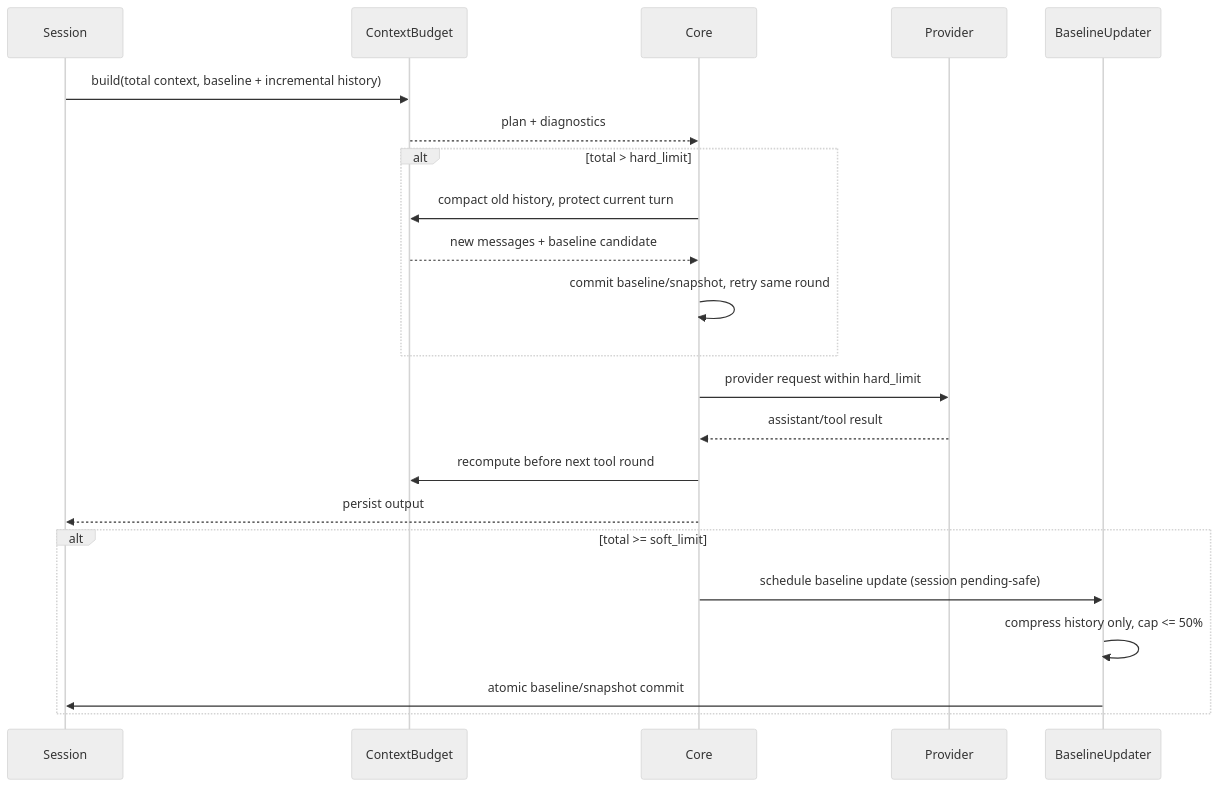
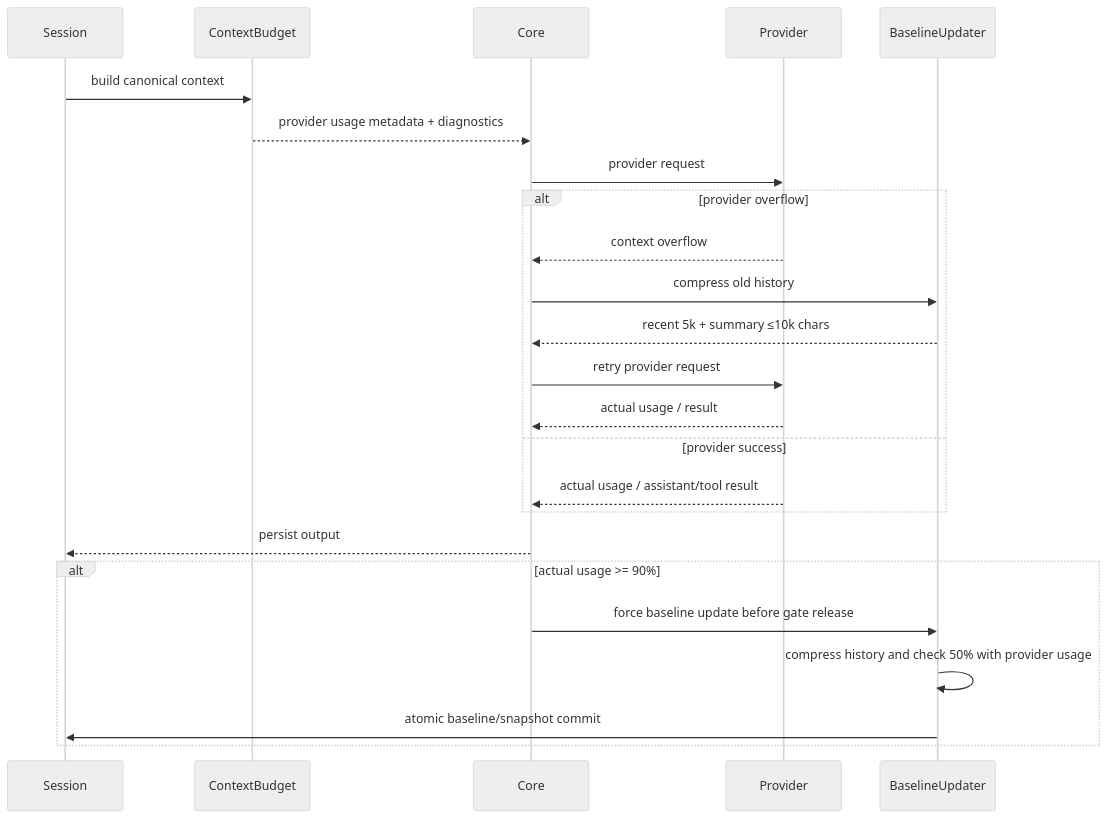
The second of 3 diagrams in docs/product/PRD/PRD-AGENT-4-统一ContextBudget上下文压缩重构.md (Coffeiz/Gugu-web), drawn with Mermaid (neutral theme) before and after one commit. The commit also changed other lines of this file and 139 other files, not shown here.

````diff
--- a/docs/product/PRD/PRD-AGENT-4-统一ContextBudget上下文压缩重构.md
+++ b/docs/product/PRD/PRD-AGENT-4-统一ContextBudget上下文压缩重构.md
@@ -206,25 +208,27 @@
 ```mermaid
 sequenceDiagram
   participant S as Session
   participant B as ContextBudget
   participant C as Core
   participant P as Provider
   participant K as BaselineUpdater
 
-  S->>B: build(total context, baseline + incremental history)
-  B-->>C: plan + diagnostics
-  alt total > hard_limit
-    C->>B: compact old history, protect current turn
-  B-->>C: new messages + baseline candidate
-    C->>C: commit baseline/snapshot, retry same round
+  S->>B: build canonical context
+  B-->>C: provider usage metadata + diagnostics
+  C->>P: provider request
+  alt provider overflow
+    P-->>C: context overflow
+    C->>K: compress old history
+    K-->>C: recent 5k + summary ≤10k chars
+    C->>P: retry provider request
+    P-->>C: actual usage / result
+  else provider success
+    P-->>C: actual usage / assistant/tool result
   end
-  C->>P: provider request within hard_limit
-  P-->>C: assistant/tool result
-  C->>B: recompute before next tool round
   C-->>S: persist output
-  alt total >= soft_limit
-    C->>K: schedule baseline update (session pending-safe)
-    K->>K: compress history only, cap <= 50%
+  alt actual usage >= 90%
+    C->>K: force baseline update before gate release
+    K->>K: compress history and check 50% with provider usage
     K->>S: atomic baseline/snapshot commit
   end
 ```
````
